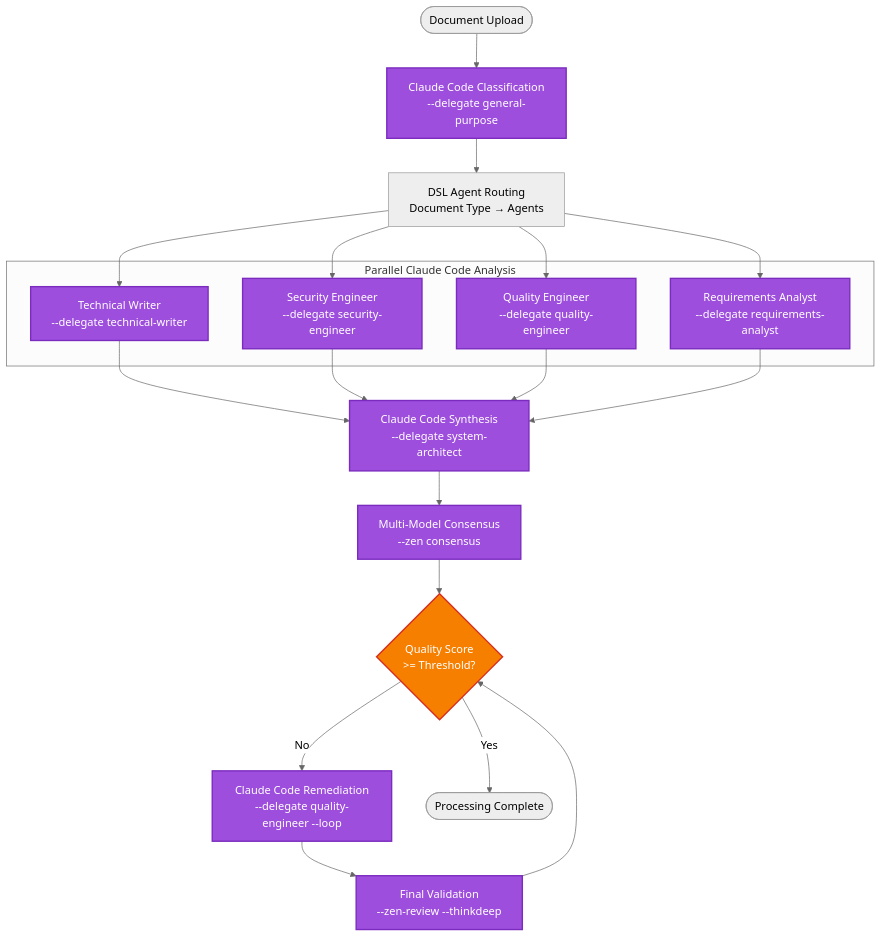
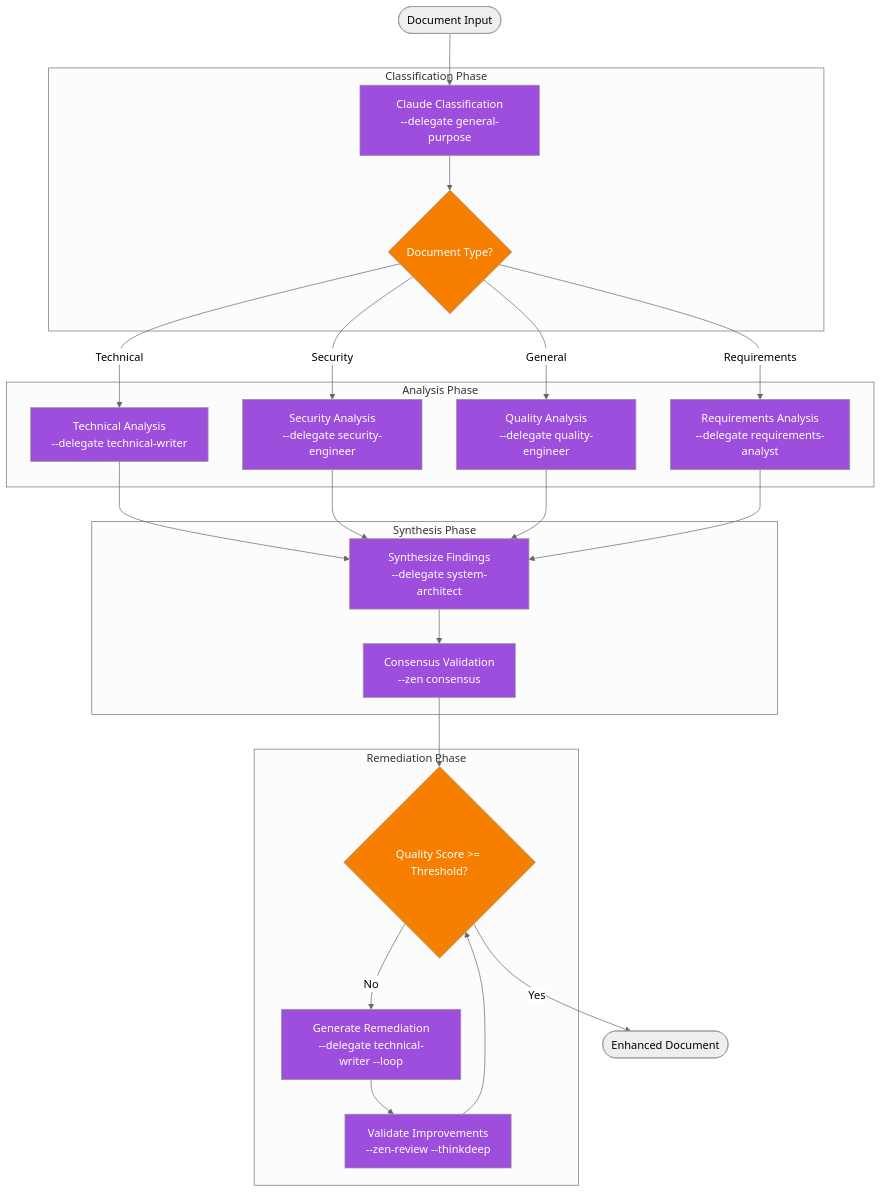
Before and after one commit to Tony363/DocAutomate: the fifth of 7 diagrams in README.md, drawn with Mermaid (neutral theme). The commit also changed other lines of this file and 6 other files, not shown here.

````diff
--- a/README.md
+++ b/README.md
@@ -912,49 +1240,50 @@
 ```mermaid
 flowchart TD
-    START([Document Upload])
-    CLASSIFY[Claude Code Classification<br/>--delegate general-purpose]
-    ROUTE[DSL Agent Routing<br/>Document Type → Agents]
+    START([Document Input])
     
-    subgraph "Parallel Claude Code Analysis"
-        TECH[Technical Writer<br/>--delegate technical-writer]
-        SEC[Security Engineer<br/>--delegate security-engineer]  
-        QUAL[Quality Engineer<br/>--delegate quality-engineer]
-        REQ[Requirements Analyst<br/>--delegate requirements-analyst]
+    subgraph "Classification Phase"
+        CLASS[Claude Classification<br/>--delegate general-purpose]
+        TYPE{Document Type?}
     end
     
-    SYNTHESIZE[Claude Code Synthesis<br/>--delegate system-architect]
-    CONSENSUS[Multi-Model Consensus<br/>--zen consensus]
+    subgraph "Analysis Phase"
+        TECH[Technical Analysis<br/>--delegate technical-writer]
+        SEC[Security Analysis<br/>--delegate security-engineer]
+        QUAL[Quality Analysis<br/>--delegate quality-engineer]
+        REQ[Requirements Analysis<br/>--delegate requirements-analyst]
+    end
     
-    QUALITY{Quality Score<br/>>= Threshold?}
-    REMEDIATE[Claude Code Remediation<br/>--delegate quality-engineer --loop]
-    VALIDATE[Final Validation<br/>--zen-review --thinkdeep]
+    subgraph "Synthesis Phase"
+        SYNTH[Synthesize Findings<br/>--delegate system-architect]
+        CONS[Consensus Validation<br/>--zen consensus]
+    end
     
-    COMPLETE([Processing Complete])
+    subgraph "Remediation Phase"
+        CHECK{Quality Score >= Threshold?}
+        REM[Generate Remediation<br/>--delegate technical-writer --loop]
+        VAL[Validate Improvements<br/>--zen-review --thinkdeep]
+    end
     
-    START --> CLASSIFY
-    CLASSIFY --> ROUTE
-    ROUTE --> TECH
-    ROUTE --> SEC
-    ROUTE --> QUAL
-    ROUTE --> REQ
+    OUTPUT([Enhanced Document])
     
-    TECH --> SYNTHESIZE
-    SEC --> SYNTHESIZE
-    QUAL --> SYNTHESIZE
-    REQ --> SYNTHESIZE
+    START --> CLASS
+    CLASS --> TYPE
+    TYPE -->|Technical| TECH
+    TYPE -->|Security| SEC
+    TYPE -->|General| QUAL
+    TYPE -->|Requirements| REQ
     
-    SYNTHESIZE --> CONSENSUS
-    CONSENSUS --> QUALITY
+    TECH & SEC & QUAL & REQ --> SYNTH
+    SYNTH --> CONS
+    CONS --> CHECK
+    CHECK -->|No| REM
+    REM --> VAL
+    VAL --> CHECK
+    CHECK -->|Yes| OUTPUT
     
-    QUALITY -->|No| REMEDIATE
-    REMEDIATE --> VALIDATE
-    VALIDATE --> QUALITY
+    classDef claude fill:#9d4edd,color:#fff
+    classDef decision fill:#f77f00,color:#fff
     
-    QUALITY -->|Yes| COMPLETE
-    
-    classDef claude fill:#9d4edd,stroke:#7b2cbf,stroke-width:2px,color:#fff
-    classDef decision fill:#f77f00,stroke:#d62d20,stroke-width:2px,color:#fff
-    
-    class CLASSIFY,TECH,SEC,QUAL,REQ,SYNTHESIZE,CONSENSUS,REMEDIATE,VALIDATE claude
-    class QUALITY decision
+    class CLASS,TECH,SEC,QUAL,REQ,SYNTH,CONS,REM,VAL claude
+    class TYPE,CHECK decision
 ```
````
